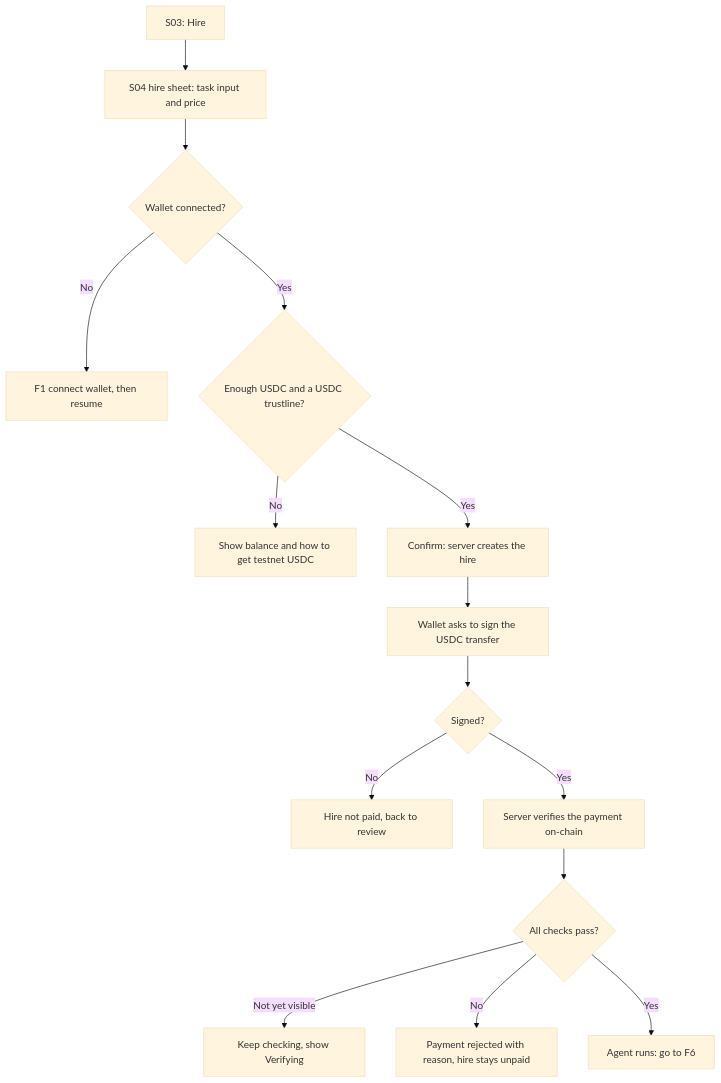
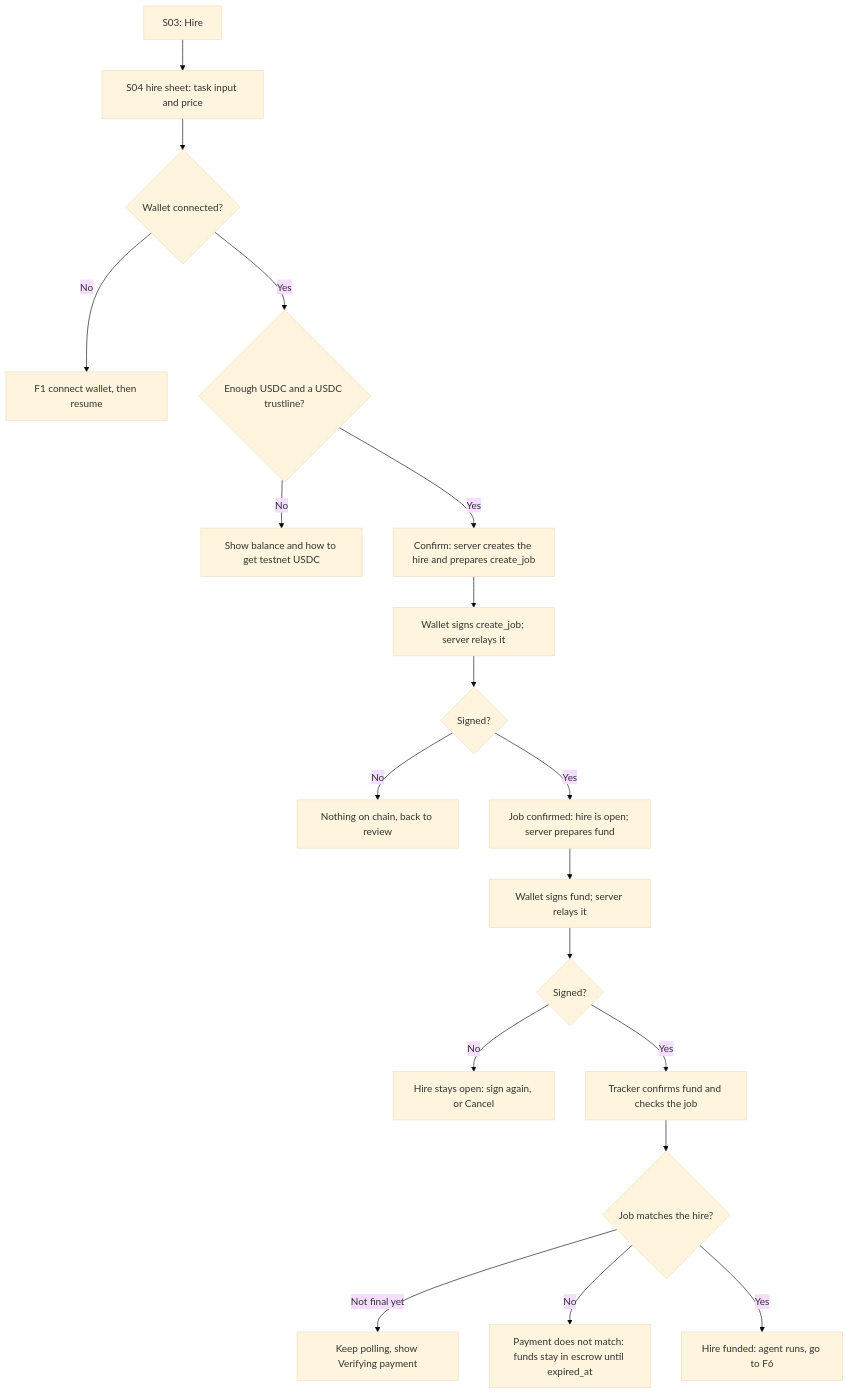
The fifth of 7 diagrams in docs/blueprints/flows.md (Zer0-Knowledge-Hack/puls3), drawn with Mermaid (base theme) before and after one commit. The commit also changed other lines of this file, not shown here.

First line of the commit message:
docs(blueprints): align F5-F7 and demo paths with the ADR-0005 escrow (#140)

````diff
--- a/docs/blueprints/flows.md
+++ b/docs/blueprints/flows.md
@@ -140,17 +145,21 @@
 ```mermaid
 flowchart TD
   A["S03: Hire"] --> B["S04 hire sheet: task input and price"]
   B --> C{"Wallet connected?"}
   C -- No --> C1["F1 connect wallet, then resume"]
   C -- Yes --> D{"Enough USDC and a USDC trustline?"}
   D -- No --> D1["Show balance and how to get testnet USDC"]
-  D -- Yes --> E["Confirm: server creates the hire"]
-  E --> F["Wallet asks to sign the USDC transfer"]
+  D -- Yes --> E["Confirm: server creates the hire and prepares create_job"]
+  E --> F["Wallet signs create_job; server relays it"]
   F --> G{"Signed?"}
-  G -- No --> G1["Hire not paid, back to review"]
-  G -- Yes --> H["Server verifies the payment on-chain"]
-  H --> I{"All checks pass?"}
-  I -- "Not yet visible" --> I1["Keep checking, show Verifying"]
-  I -- No --> I2["Payment rejected with reason, hire stays unpaid"]
-  I -- Yes --> J["Agent runs: go to F6"]
+  G -- No --> G1["Nothing on chain, back to review"]
+  G -- Yes --> H["Job confirmed: hire is open; server prepares fund"]
+  H --> I["Wallet signs fund; server relays it"]
+  I --> J{"Signed?"}
+  J -- No --> J1["Hire stays open: sign again, or Cancel"]
+  J -- Yes --> K["Tracker confirms fund and checks the job"]
+  K --> L{"Job matches the hire?"}
+  L -- "Not final yet" --> L1["Keep polling, show Verifying payment"]
+  L -- No --> L2["Payment does not match: funds stay in escrow until expired_at"]
+  L -- Yes --> M["Hire funded: agent runs, go to F6"]
 ```
````
